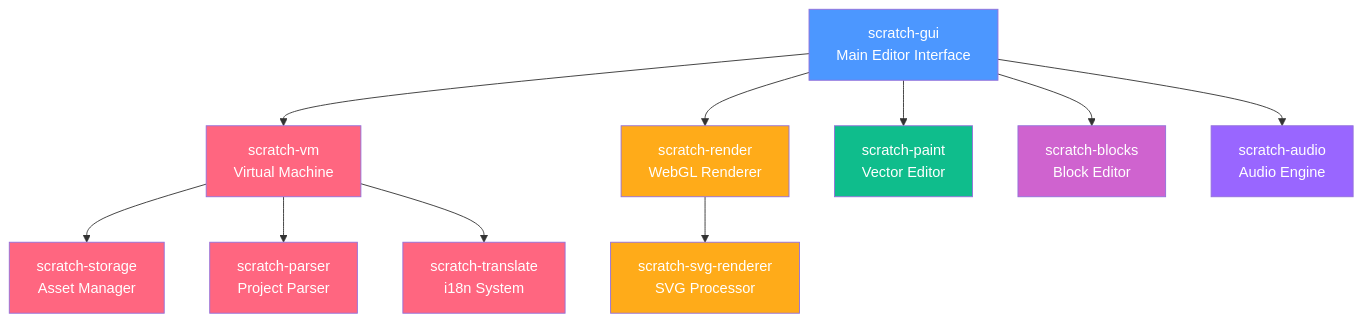
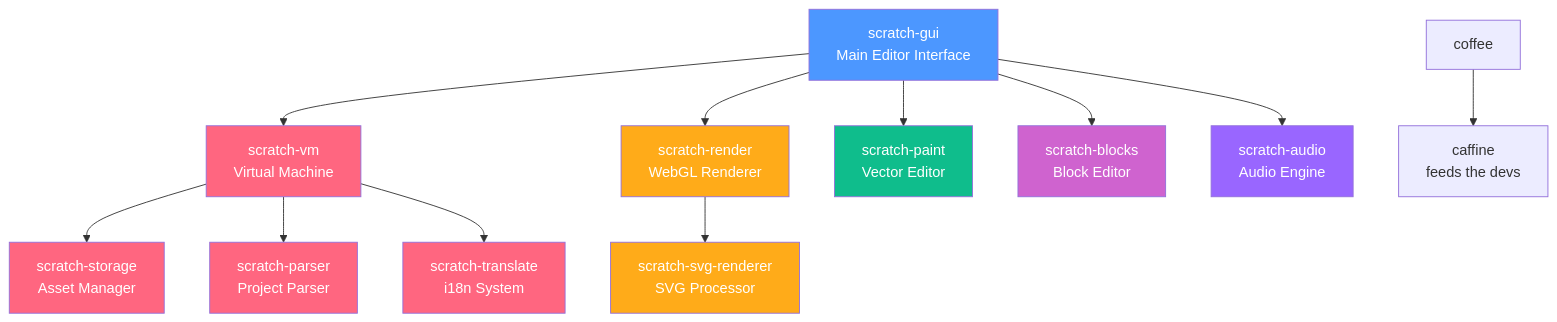
One commit to OmniBlocks/monorepo changed the diagram in scratch-gui/README.md. Above: the diagram before and after it, drawn with Mermaid.

Commit message:
hehehe
added that joke dependency to the diagram ;)

````diff
--- a/scratch-gui/README.md
+++ b/scratch-gui/README.md
@@ -113,23 +113,24 @@
 ```mermaid
 graph TD
     A["scratch-gui<br/>Main Editor Interface"] --> B["scratch-vm<br/>Virtual Machine"]
     A --> C["scratch-render<br/>WebGL Renderer"]
     A --> D["scratch-paint<br/>Vector Editor"]
     A --> E["scratch-blocks<br/>Block Editor"]
     A --> F["scratch-audio<br/>Audio Engine"]
     B --> G["scratch-storage<br/>Asset Manager"]
     C --> H["scratch-svg-renderer<br/>SVG Processor"]
     B --> I["scratch-parser<br/>Project Parser"]
     B --> J["scratch-translate<br/>i18n System"]
+    K["coffee"] --> L["caffine<br/>feeds the devs"] 
     
     style A fill:#4C97FF,color:#fff
     style B fill:#FF6680,color:#fff
     style C fill:#FFAB19,color:#fff
     style D fill:#0FBD8C,color:#fff
     style E fill:#CF63CF,color:#fff
     style F fill:#9966FF,color:#fff
     style G fill:#FF6680,color:#fff
     style H fill:#FFAB19,color:#fff
     style I fill:#FF6680,color:#fff
     style J fill:#FF6680,color:#fff
 ```
````
